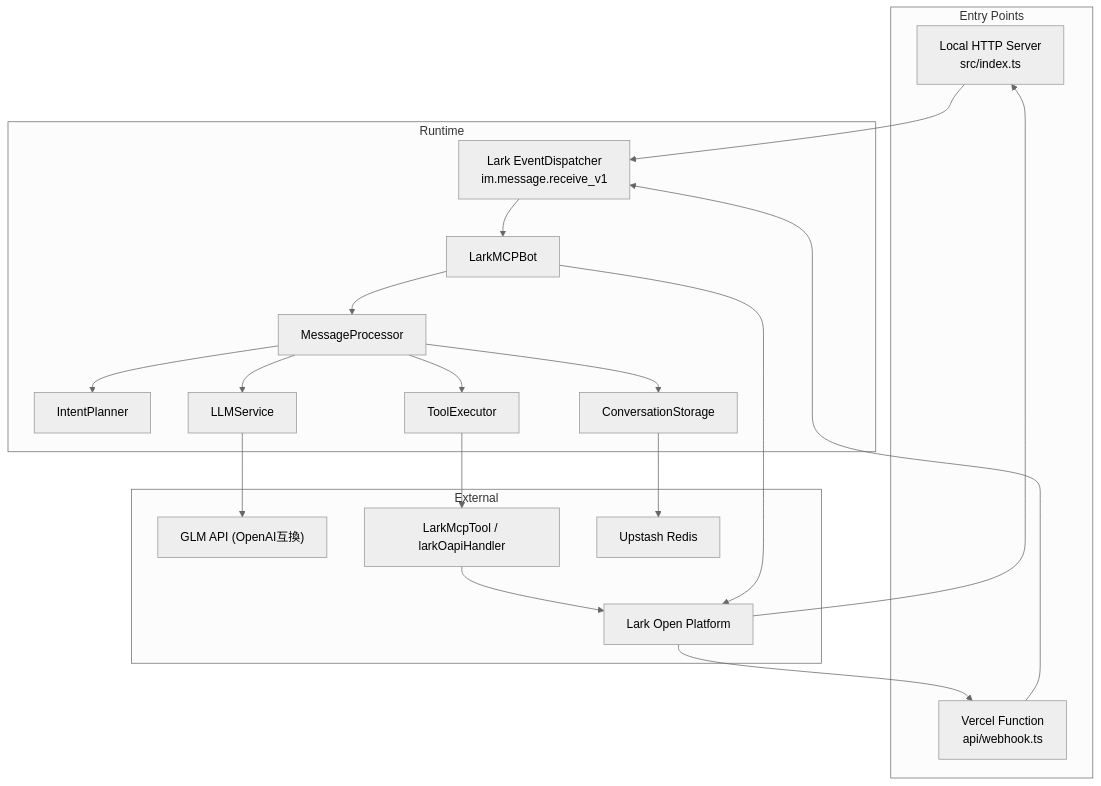
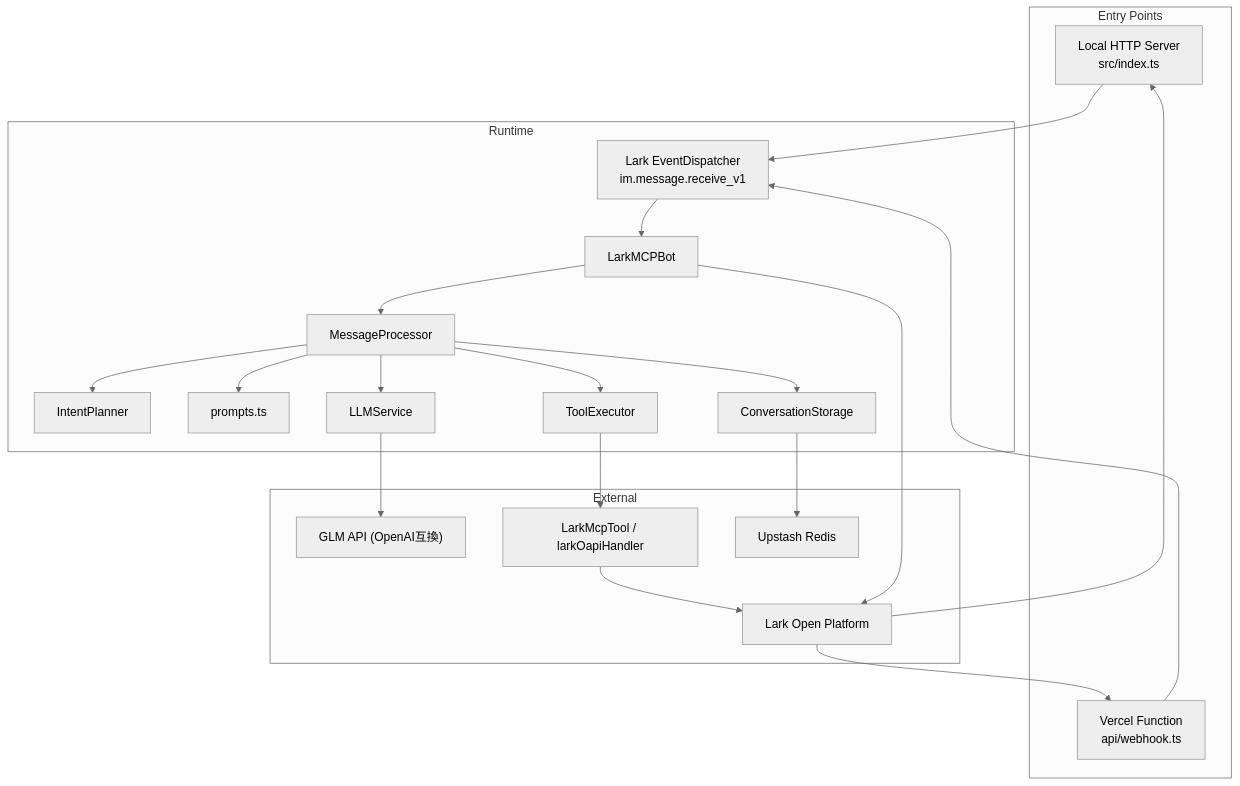
Before and after one commit to shoma-endo/lark-mcp-bot: the first of 2 diagrams in README.md, drawn with Mermaid (neutral theme). The commit also changed other lines of this file and 4 other files, not shown here.

````diff
--- a/README.md
+++ b/README.md
@@ -32,40 +36,42 @@
 ```mermaid
 graph TB
     subgraph "Entry Points"
         Local["Local HTTP Server<br/>src/index.ts"]
         Vercel["Vercel Function<br/>api/webhook.ts"]
     end
 
     subgraph "Runtime"
         Dispatcher["Lark EventDispatcher<br/>im.message.receive_v1"]
         Bot["LarkMCPBot"]
         Processor["MessageProcessor"]
         Planner["IntentPlanner"]
+        Prompts["prompts.ts"]
         LLM["LLMService"]
         Exec["ToolExecutor"]
         Storage["ConversationStorage"]
     end
 
     subgraph "External"
         LarkAPI["Lark Open Platform"]
         GLM["GLM API (OpenAI互換)"]
         MCP["LarkMcpTool / larkOapiHandler"]
         Redis["Upstash Redis"]
     end
 
     LarkAPI --> Local
     LarkAPI --> Vercel
     Local --> Dispatcher
     Vercel --> Dispatcher
     Dispatcher --> Bot
     Bot --> Processor
     Processor --> Planner
+    Processor --> Prompts
     Processor --> LLM
     Processor --> Exec
     Exec --> MCP
     MCP --> LarkAPI
     Processor --> Storage
     Storage --> Redis
     LLM --> GLM
     Bot --> LarkAPI
 ```
````
